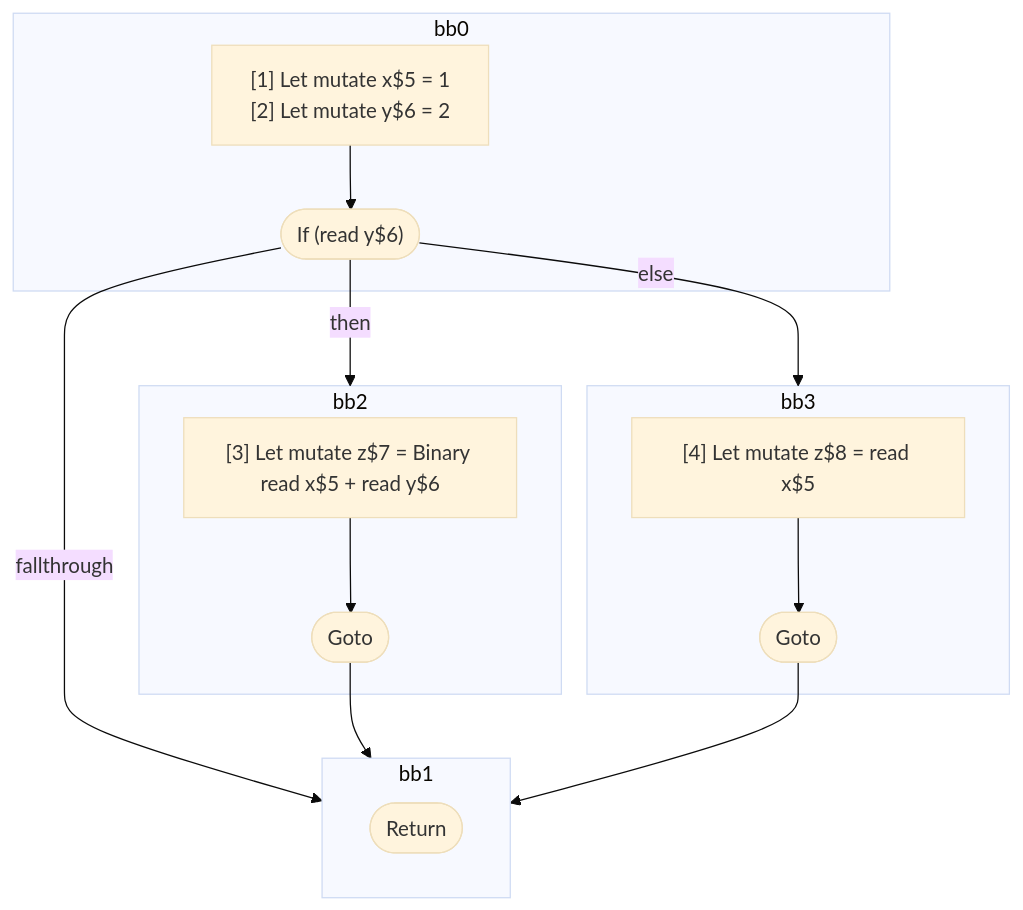
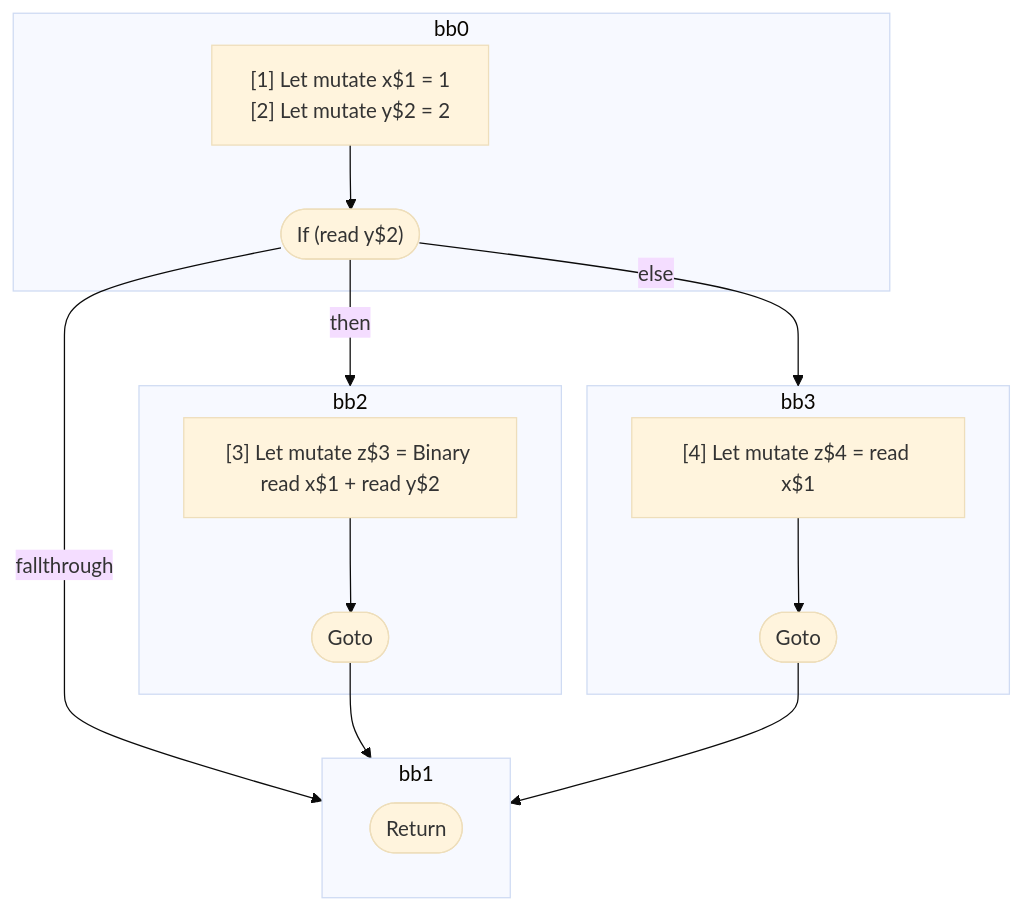
One commit to wutsmog/private changed the diagram in compiler/forget/src/__tests__/fixtures/hir/ssa-if-else.expect.md. Above: the diagram before and after it, drawn with Mermaid (base theme). The commit also changed other lines of this file and 57 other files, not shown here.

````diff
--- a/compiler/forget/src/__tests__/fixtures/hir/ssa-if-else.expect.md
+++ b/compiler/forget/src/__tests__/fixtures/hir/ssa-if-else.expect.md
@@ -40,34 +40,34 @@
 ```mermaid
 flowchart TB
   %% Basic Blocks
   subgraph bb0
     bb0_instrs["
-      [1] Let mutate x$5 = 1
-      [2] Let mutate y$6 = 2
+      [1] Let mutate x$1 = 1
+      [2] Let mutate y$2 = 2
     "]
-    bb0_instrs --> bb0_terminal(["If (read y$6)"])
+    bb0_instrs --> bb0_terminal(["If (read y$2)"])
   end
   subgraph bb2
     bb2_instrs["
-      [3] Let mutate z$7 = Binary read x$5 + read y$6
+      [3] Let mutate z$3 = Binary read x$1 + read y$2
     "]
     bb2_instrs --> bb2_terminal(["Goto"])
   end
   subgraph bb3
     bb3_instrs["
-      [4] Let mutate z$8 = read x$5
+      [4] Let mutate z$4 = read x$1
     "]
     bb3_instrs --> bb3_terminal(["Goto"])
   end
   subgraph bb1
     bb1_terminal(["Return"])
   end
 
   %% Jumps
   bb0_terminal -- then --> bb2
   bb0_terminal -- else --> bb3
   bb0_terminal -- fallthrough --> bb1
   bb2_terminal --> bb1
   bb3_terminal --> bb1
 
 ```
````
